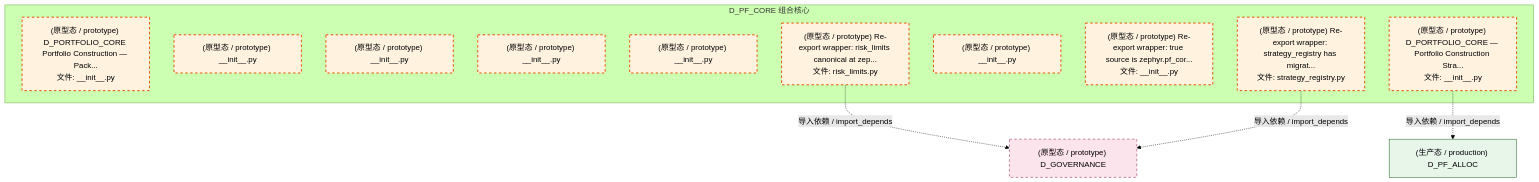
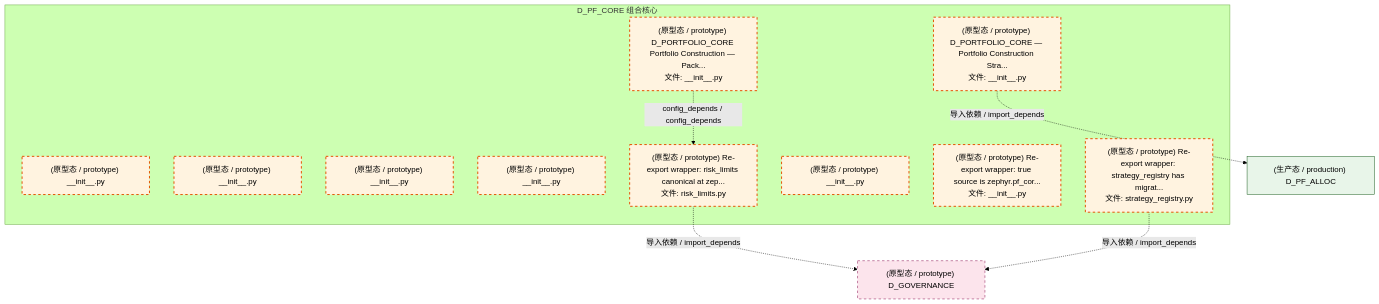
The third of 4 diagrams in docs/02_enterprise_architecture/02_domain_architecture_docs/52_d_pf_core.md (xuanFelixVan/ZephyrAlpha), drawn with Mermaid (forest theme) before and after one commit. The commit also changed other lines of this file and 126 other files, not shown here.

````diff
--- a/docs/02_enterprise_architecture/02_domain_architecture_docs/52_d_pf_core.md
+++ b/docs/02_enterprise_architecture/02_domain_architecture_docs/52_d_pf_core.md
@@ -146,27 +146,28 @@
 ```mermaid
 graph TD
     subgraph D_PF_CORE["D_PF_CORE 组合核心"]
         src_zephyr_pf_core_init_py["(原型态 / prototype) D_PORTFOLIO_CORE Portfolio Construction — Pack...<br/>文件: __init__.py"]
         src_zephyr_pf_core_extensions_init_py["(原型态 / prototype) __init__.py"]
         src_zephyr_pf_core_api_init_py["(原型态 / prototype) __init__.py"]
         src_zephyr_pf_core_core_init_py["(原型态 / prototype) __init__.py"]
         src_zephyr_pf_core_infrastructure_init_py["(原型态 / prototype) __init__.py"]
         src_zephyr_pf_core_risk_limits_py["(原型态 / prototype) Re-export wrapper: risk_limits canonical at zep...<br/>文件: risk_limits.py"]
         src_zephyr_pf_core_services_init_py["(原型态 / prototype) __init__.py"]
         src_zephyr_pf_core_strategies_init_py["(原型态 / prototype) Re-export wrapper: true source is zephyr.pf_cor...<br/>文件: __init__.py"]
         src_zephyr_pf_core_strategy_engine_init_py["(原型态 / prototype) D_PORTFOLIO_CORE — Portfolio Construction Stra...<br/>文件: __init__.py"]
         src_zephyr_pf_core_strategy_registry_py["(原型态 / prototype) Re-export wrapper: strategy_registry has migrat...<br/>文件: strategy_registry.py"]
     end
+    src_zephyr_pf_core_init_py -.->|config_depends / config_depends| src_zephyr_pf_core_risk_limits_py
     D_GOVERNANCE["(原型态 / prototype) D_GOVERNANCE"]
     src_zephyr_pf_core_risk_limits_py -.->|导入依赖 / import_depends| D_GOVERNANCE
+    src_zephyr_pf_core_strategy_registry_py -.->|导入依赖 / import_depends| D_GOVERNANCE
     D_PF_ALLOC["(生产态 / production) D_PF_ALLOC"]
     src_zephyr_pf_core_strategy_engine_init_py -.->|导入依赖 / import_depends| D_PF_ALLOC
-    src_zephyr_pf_core_strategy_registry_py -.->|导入依赖 / import_depends| D_GOVERNANCE
     classDef production fill:#e1f5fe,stroke:#01579b,stroke-width:2px,color:#000
     classDef design fill:#fff3e0,stroke:#e65100,stroke-width:2px,color:#000,stroke-dasharray: 5 5
     classDef external_prod fill:#e8f5e9,stroke:#1b5e20,stroke-width:1px,color:#000
     classDef external_design fill:#fce4ec,stroke:#880e4f,stroke-width:1px,color:#000,stroke-dasharray: 5 5
     class src_zephyr_pf_core_init_py,src_zephyr_pf_core_extensions_init_py,src_zephyr_pf_core_api_init_py,src_zephyr_pf_core_core_init_py,src_zephyr_pf_core_infrastructure_init_py,src_zephyr_pf_core_risk_limits_py,src_zephyr_pf_core_services_init_py,src_zephyr_pf_core_strategies_init_py,src_zephyr_pf_core_strategy_engine_init_py,src_zephyr_pf_core_strategy_registry_py design
     class D_PF_ALLOC external_prod
     class D_GOVERNANCE external_design
 ```
````
